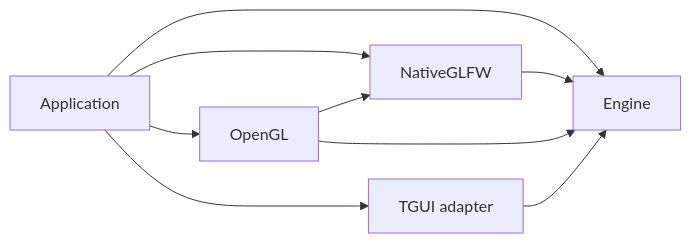
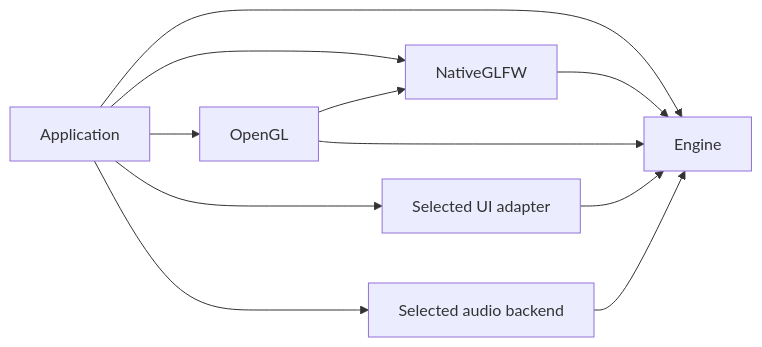
One commit to cppcooper/cheryl-engine changed the diagram in docs/development/modules.md. Above: the diagram before and after it, drawn with Mermaid. The commit also changed other lines of this file and 46 other files, not shown here.

First line of the commit message:
Revises developer documentation around architecture and workflows

````diff
--- a/docs/development/modules.md
+++ b/docs/development/modules.md
@@ -48,11 +14,13 @@
 ```mermaid
 flowchart LR
     Application --> Engine
     Application --> NativeGLFW
     Application --> OpenGL
     OpenGL --> NativeGLFW
     OpenGL --> Engine
     NativeGLFW --> Engine
-    Application --> TGUIAdapter[TGUI adapter]
-    TGUIAdapter --> Engine
+    Application --> UI[Selected UI adapter]
+    UI --> Engine
+    Application --> Audio[Selected audio backend]
+    Audio --> Engine
 ```
````
